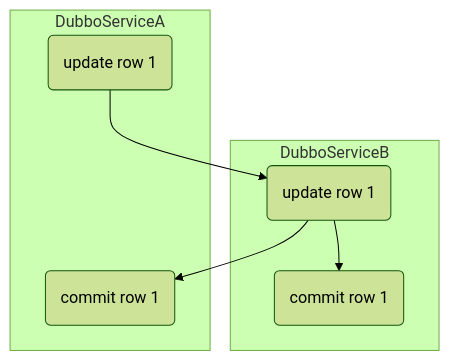
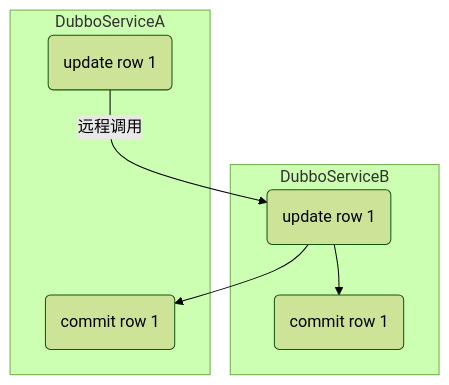
Before and after one commit to zhudongdong/docs: the diagram in dubbo/服务治理问题案例.md, drawn with Mermaid (forest theme). The commit also changed other lines of this file, not shown here.

Commit message:
Uploaded by https://stackedit.io/

````diff
--- a/dubbo/服务治理问题案例.md
+++ b/dubbo/服务治理问题案例.md
@@ -3,16 +3,16 @@
 ```mermaid
 graph TB
 
 subgraph DubboServiceB
 c(update row 1)
 d(commit row 1)
 end
 subgraph DubboServiceA
 a(update row 1)
 b(commit row 1)
 
-a --> c
+a --远程调用--> c
 c --> b
 c --> d
 end
 ```
````
